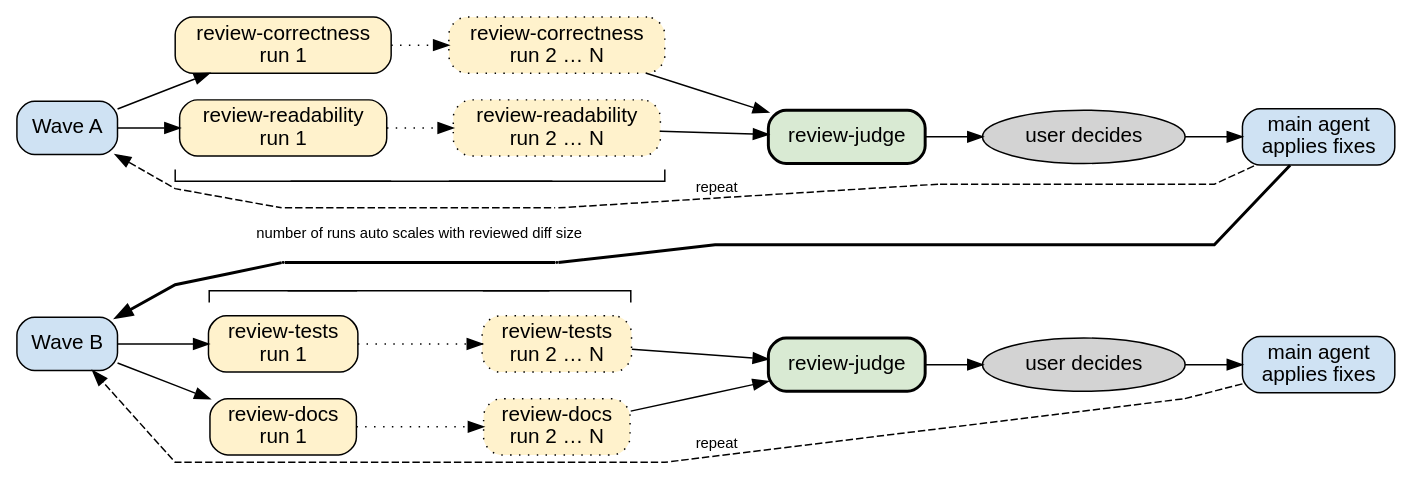
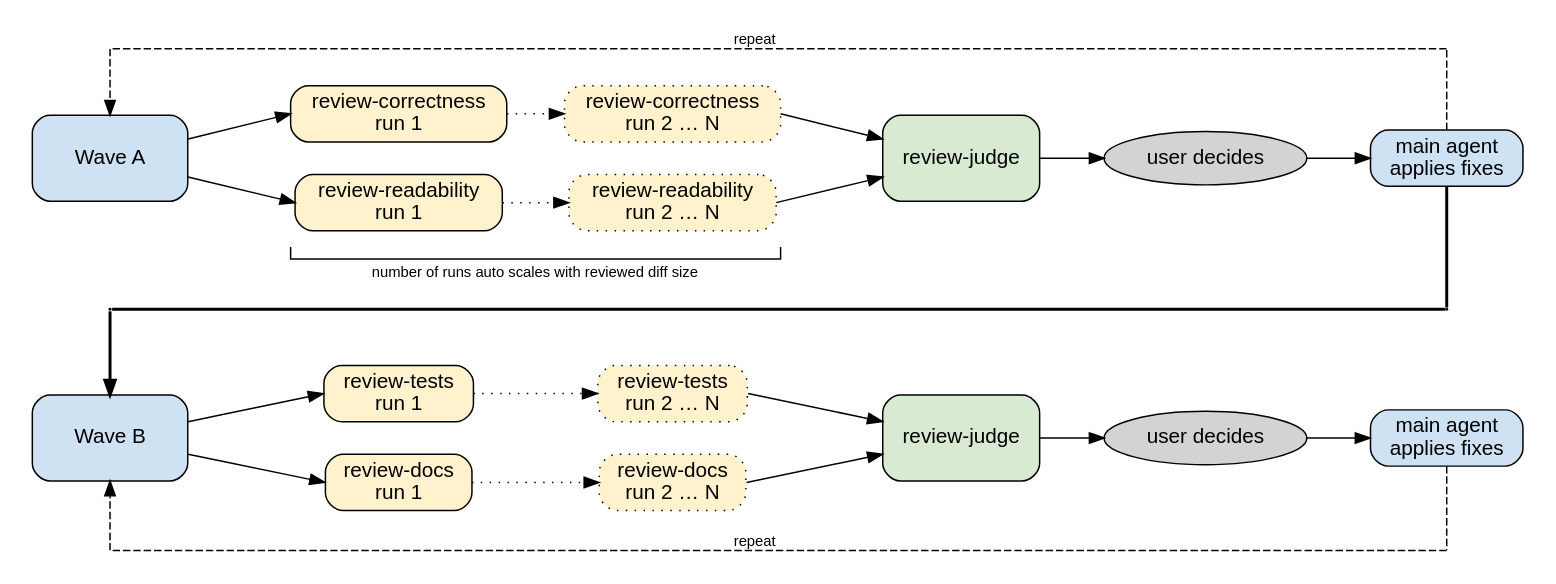
One commit to desbma/agent-skills changed the diagram in docs/review-auto-loop.dot. Above: the diagram before and after it, drawn with Graphviz. The commit also changed 1 other file, not shown here.

Commit message:
doc(review-auto-loop): improve diagram layout

```diff
--- a/docs/review-auto-loop.dot
+++ b/docs/review-auto-loop.dot
@@ -1,116 +1,87 @@
 digraph review_workflow {
-    rankdir=LR
-    splines=polyline
-    // Ranks doubled through minlen, leaving a free rank between run columns for the note
-    ranksep=0.25
-    // Halved, so the column ordering edges space boxes as usual and hug brackets to their row
-    nodesep=0.125
+    layout=neato
+    inputscale=72
+    splines=line
+    pad=0.2
     node [shape=box, style="rounded,filled", fontname="Helvetica"]
-    edge [fontname="Helvetica", fontsize=10, minlen=2]
+    edge [fontname="Helvetica", fontsize=10]
 
-    // Main agent
+    // Main agent, waves sized and spaced like the judges, mirroring their arrows
     node [fillcolor="#cfe2f3"]
-    wave_a [label="Wave A"]
-    wave_b [label="Wave B"]
-    apply_a [group=a, label="main agent\napplies fixes"]
-    apply_b [group=b, label="main agent\napplies fixes"]
+    wave_a [label="Wave A", pos="-15,266!", width=1.46, height=0.8]
+    wave_b [label="Wave B", pos="-15,77!", width=1.46, height=0.8]
+    apply_a [label="main agent\napplies fixes", pos="888,266!"]
+    apply_b [label="main agent\napplies fixes", pos="888,77!"]
 
-    // Reviewers
+    // Reviewers, in run columns, two rows per wave
     node [fillcolor="#fff2cc"]
-    correctness [label="review-correctness\nrun 1"]
-    readability [label="review-readability\nrun 1"]
-    tests [label="review-tests\nrun 1"]
-    docs [label="review-docs\nrun 1"]
+    correctness [label="review-correctness\nrun 1", pos="180,296!"]
+    readability [label="review-readability\nrun 1", pos="180,236!"]
+    tests [label="review-tests\nrun 1", pos="180,107!"]
+    docs [label="review-docs\nrun 1", pos="180,47!"]
     node [style="rounded,filled,dotted"]
-    correctness_n [label="review-correctness\nrun 2 … N"]
-    readability_n [label="review-readability\nrun 2 … N"]
-    tests_n [label="review-tests\nrun 2 … N"]
-    docs_n [label="review-docs\nrun 2 … N"]
+    correctness_n [label="review-correctness\nrun 2 … N", pos="365,296!"]
+    readability_n [label="review-readability\nrun 2 … N", pos="365,236!"]
+    tests_n [label="review-tests\nrun 2 … N", pos="365,107!"]
+    docs_n [label="review-docs\nrun 2 … N", pos="365,47!"]
 
-    // Judge
-    node [style="rounded,filled,bold", fillcolor="#d9ead3"]
-    judge_a [group=a, label="review-judge"]
-    judge_b [group=b, label="review-judge"]
+    // Judge, tall enough for its two arrows to arrive on its left side
+    node [style="rounded,filled", fillcolor="#d9ead3", height=0.8]
+    judge_a [label="review-judge", pos="560,266!"]
+    judge_b [label="review-judge", pos="560,77!"]
 
     // User
-    node [shape=ellipse, style=filled, fillcolor=lightgrey]
-    user_a [group=a, label="user decides"]
-    user_b [group=b, label="user decides"]
+    node [shape=ellipse, style=filled, fillcolor=lightgrey, height=0.5]
+    user_a [label="user decides", pos="725,266!"]
+    user_b [label="user decides", pos="725,77!"]
 
-    // Brackets spanning the reviewer boxes of each row, one half per run column, widths matching the row's widest box
+    // Bracket spanning the run columns of the first wave's reviewers, and its note
     node [shape=plain, style=""]
-    bracket_a1 [label=<<table border="0" cellborder="1" cellspacing="0"><tr><td sides="LB" width="146" height="8"></td></tr></table>>]
-    bracket_a2 [label=<<table border="0" cellborder="1" cellspacing="0"><tr><td sides="BR" width="146" height="8"></td></tr></table>>]
-    bracket_b1 [label=<<table border="0" cellborder="1" cellspacing="0"><tr><td sides="LT" width="100" height="8"></td></tr></table>>]
-    bracket_b2 [label=<<table border="0" cellborder="1" cellspacing="0"><tr><td sides="TR" width="100" height="8"></td></tr></table>>]
+    bracket_a [pos="272,202!", label=<<table border="0" cellborder="1" cellspacing="0"><tr><td sides="LBR" width="331" height="8"></td></tr></table>>]
+    note [pos="272,188!", fontsize=10, label="number of runs auto scales with reviewed diff size"]
 
-    // Waypoints pinning the lines crossing between the rows, and the note between them
+    // Corners of the repeat and hand-off lines
     node [shape=point, style=invis, width=0]
-    repeat_a1; repeat_a2; repeat_a3; note_1; note; note_2
+    repeat_a1 [pos="888,340!"]; repeat_a2 [pos="-15,340!"]
+    repeat_b1 [pos="888,1!"]; repeat_b2 [pos="-15,1!"]
     // Dots as wide as the hand-off line, joining its segments
     node [style="", width=0.028, penwidth=0, fillcolor=black]
-    handoff_1; handoff_2
-
-    // One row per wave, time running left to right within a row
-    {rank=same; wave_a; wave_b}
-
-    // Top to bottom order of each run column, brackets hugging their row
-    {
-        rank=same
-        edge [style=invis, minlen=1]
-        correctness -> readability
-        bracket_a1 -> repeat_a1 -> note_1 -> handoff_1 -> bracket_b1
-        tests -> docs
-        edge [minlen=0]
-        readability -> bracket_a1
-        bracket_b1 -> tests
-    }
-    {
-        rank=same
-        edge [style=invis, minlen=1]
-        correctness_n -> readability_n
-        bracket_a2 -> repeat_a2 -> note_2 -> handoff_2 -> bracket_b2
-        tests_n -> docs_n
-        edge [minlen=0]
-        readability_n -> bracket_a2
-        bracket_b2 -> tests_n
-    }
-
-    bracket_a1:se -> bracket_a2:sw [dir=none]
-    bracket_b1:ne -> bracket_b2:nw [dir=none]
-
-    // Note centered in the free rank between run columns
-    note_1 -> note [color=transparent, dir=none, minlen=1, headlabel="number of runs auto scales with reviewed diff size", labeldistance=0]
-    note -> note_2 [style=invis, minlen=1]
+    handoff_1 [pos="888,164!"]; handoff_2 [pos="-15,164!"]
 
     // Wave A
-    wave_a -> correctness
-    wave_a -> readability
+    wave_a -> correctness [headport=w]
+    wave_a -> readability [headport=w]
     correctness -> correctness_n [style=dotted]
     readability -> readability_n [style=dotted]
-    correctness_n -> judge_a
-    readability_n -> judge_a
+    correctness_n -> judge_a [tailport=e]
+    readability_n -> judge_a [tailport=e]
     judge_a -> user_a
     user_a -> apply_a
-    // Repeat split at waypoints, its label landing between the run and judge columns like wave B's
-    wave_a -> repeat_a1 [style=dashed, dir=back]
-    repeat_a1 -> repeat_a2 [style=dashed, dir=none]
-    repeat_a2 -> repeat_a3 [label="repeat", style=dashed, dir=none]
-    repeat_a3 -> apply_a [style=dashed, dir=none]
+    // Repeat, around the top of the wave
+    edge [style=dashed, dir=none]
+    apply_a -> repeat_a1 [tailport=n]
+    repeat_a1 -> repeat_a2 [label="repeat"]
+    repeat_a2 -> wave_a [headport=n, dir=forward]
 
-    // Hand-off to wave B, declared reversed so dot routes it as a forward edge between the rows
-    wave_b -> handoff_1 [penwidth=2, dir=back]
-    handoff_1 -> handoff_2 [penwidth=2, dir=none]
-    handoff_2 -> apply_a [penwidth=2, dir=none]
+    // Hand-off to wave B, between the rows
+    edge [style="", penwidth=2]
+    apply_a -> handoff_1 [tailport=s]
+    handoff_1 -> handoff_2
+    handoff_2 -> wave_b [headport=n, dir=forward]
 
     // Wave B
-    wave_b -> tests
-    wave_b -> docs
+    edge [penwidth=1, dir=forward]
+    wave_b -> tests [headport=w]
+    wave_b -> docs [headport=w]
     tests -> tests_n [style=dotted]
     docs -> docs_n [style=dotted]
-    tests_n -> judge_b
-    docs_n -> judge_b
+    tests_n -> judge_b [tailport=e]
+    docs_n -> judge_b [tailport=e]
     judge_b -> user_b
     user_b -> apply_b
-    apply_b -> wave_b [label="repeat", style=dashed, constraint=false]
+    // Repeat, around the bottom of the wave
+    edge [style=dashed, dir=none]
+    apply_b -> repeat_b1 [tailport=s]
+    repeat_b1 -> repeat_b2 [label="repeat"]
+    repeat_b2 -> wave_b [headport=s, dir=forward]
 }
```
